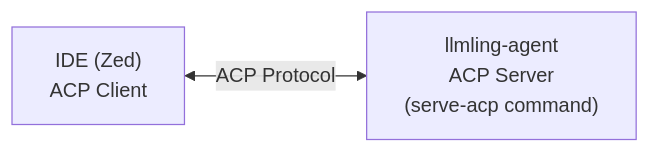
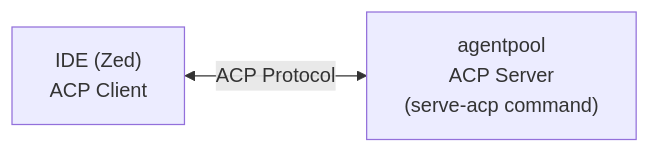
Before and after one commit to phil65/llmling-agent: the first of 4 diagrams in docs/advanced/acp-integration.md, drawn with Mermaid. The commit also changed other lines of this file and 928 other files, not shown here.

````diff
--- a/docs/advanced/acp-integration.md
+++ b/docs/advanced/acp-integration.md
@@ -115,4 +115,4 @@
 ```mermaid
 graph LR
-    A["IDE (Zed)<br/>ACP Client"] <-->|ACP Protocol| B["llmling-agent<br/>ACP Server<br/>(serve-acp command)"]
+    A["IDE (Zed)<br/>ACP Client"] <-->|ACP Protocol| B["agentpool<br/>ACP Server<br/>(serve-acp command)"]
 ```
````
